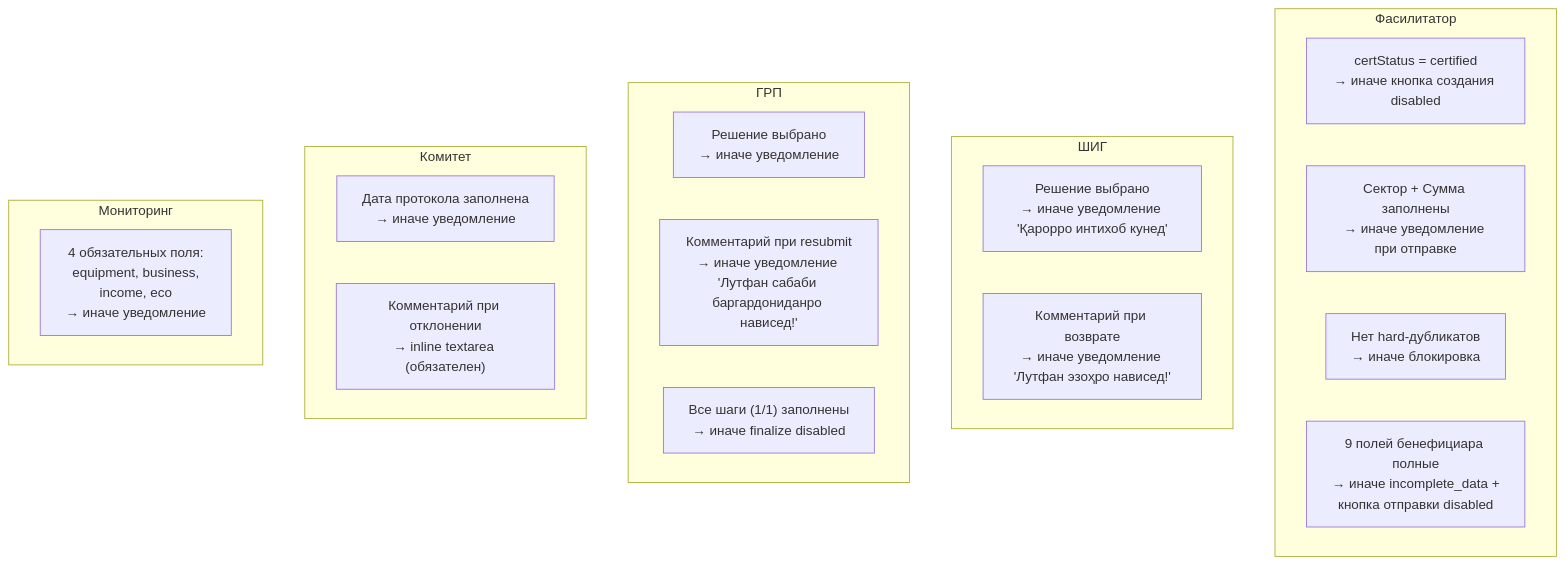
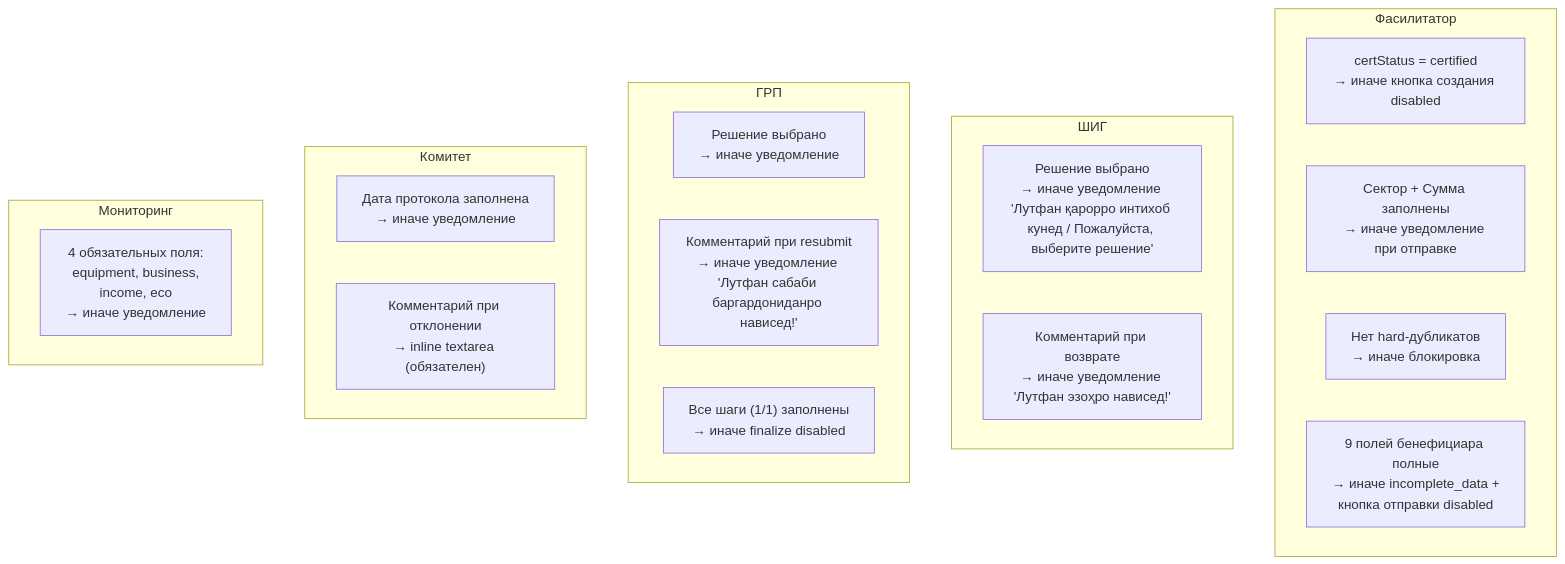
One commit to fkhokimov-wq/1 changed the third of 5 diagrams in docs/ACCESS-CONTROL.md. Above: the diagram before and after it, drawn with Mermaid. The commit also changed other lines of this file and 7 other files, not shown here.

````diff
--- a/docs/ACCESS-CONTROL.md
+++ b/docs/ACCESS-CONTROL.md
@@ -215,29 +215,29 @@
 ```mermaid
 flowchart TD
     subgraph "Фасилитатор"
         V1["certStatus = certified<br/>→ иначе кнопка создания disabled"]
         V2["Сектор + Сумма заполнены<br/>→ иначе уведомление при отправке"]
         V3["Нет hard-дубликатов<br/>→ иначе блокировка"]
         V3b["9 полей бенефициара полные<br/>→ иначе incomplete_data +<br/>кнопка отправки disabled"]
     end
 
     subgraph "ШИГ"
-        V4["Решение выбрано<br/>→ иначе уведомление 'Қарорро интихоб кунед'"]
+        V4["Решение выбрано<br/>→ иначе уведомление 'Лутфан қарорро интихоб кунед / Пожалуйста, выберите решение'"]
         V5["Комментарий при возврате<br/>→ иначе уведомление 'Лутфан эзоҳро нависед!'"]
     end
 
     subgraph "ГРП"
         V6["Решение выбрано<br/>→ иначе уведомление"]
         V7["Комментарий при resubmit<br/>→ иначе уведомление 'Лутфан сабаби баргардониданро нависед!'"]
         V8["Все шаги (1/1) заполнены<br/>→ иначе finalize disabled"]
     end
 
     subgraph "Комитет"
         V9["Дата протокола заполнена<br/>→ иначе уведомление"]
         V10["Комментарий при отклонении<br/>→ inline textarea (обязателен)"]
     end
 
     subgraph "Мониторинг"
         V11["4 обязательных поля:<br/>equipment, business,<br/>income, eco<br/>→ иначе уведомление"]
     end
 ```
````
